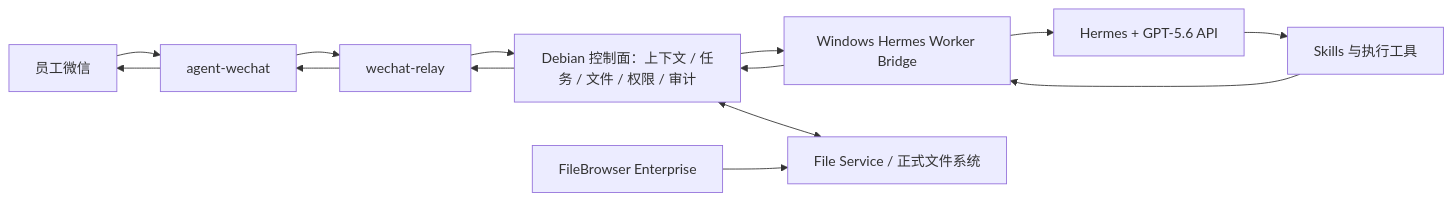
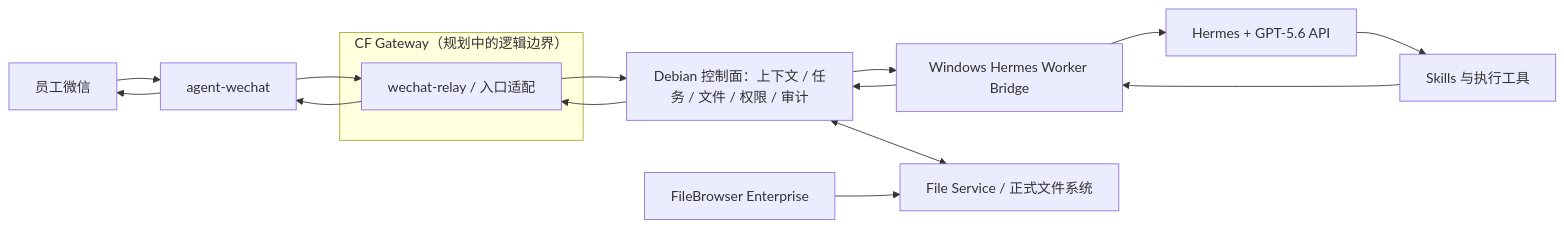
Before and after one commit to Tangbohu09527/CF_ecommerce-automation-docs: the diagram in 02_系统设计.md, drawn with Mermaid. The commit also changed other lines of this file and 9 other files, not shown here.

Commit message:
docs: expand enterprise AI automation architecture documentation

````diff
--- a/02_系统设计.md
+++ b/02_系统设计.md
@@ -7,12 +7,15 @@
 ```mermaid
 flowchart LR
     W["员工微信"] --> A["agent-wechat"]
-    A --> R["wechat-relay"]
+    subgraph G["CF Gateway（规划中的逻辑边界）"]
+        R["wechat-relay / 入口适配"]
+    end
+    A --> R
     R --> C["Debian 控制面：上下文 / 任务 / 文件 / 权限 / 审计"]
     C --> B["Windows Hermes Worker Bridge"]
     B --> H["Hermes + GPT-5.6 API"]
     H --> S["Skills 与执行工具"]
     S --> B --> C --> R --> A --> W
     C <--> F["File Service / 正式文件系统"]
     FB["FileBrowser Enterprise"] --> F
 ```
````
